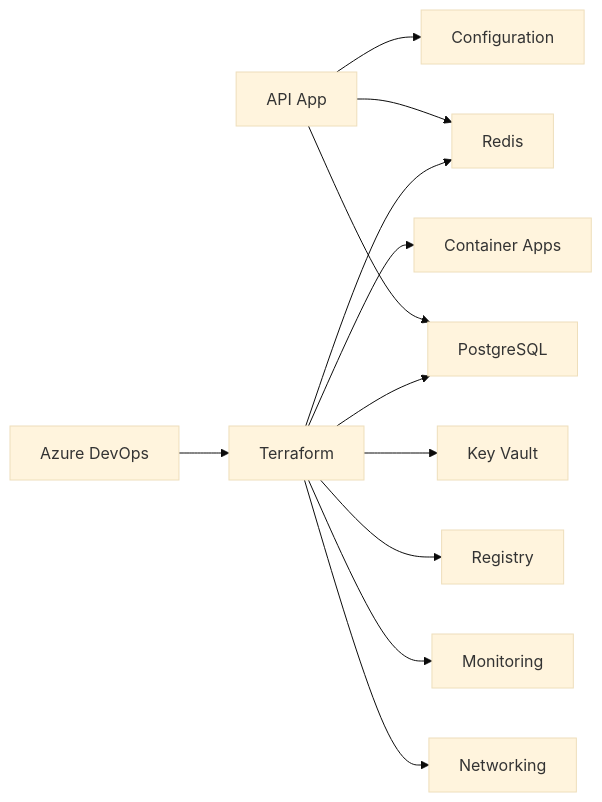
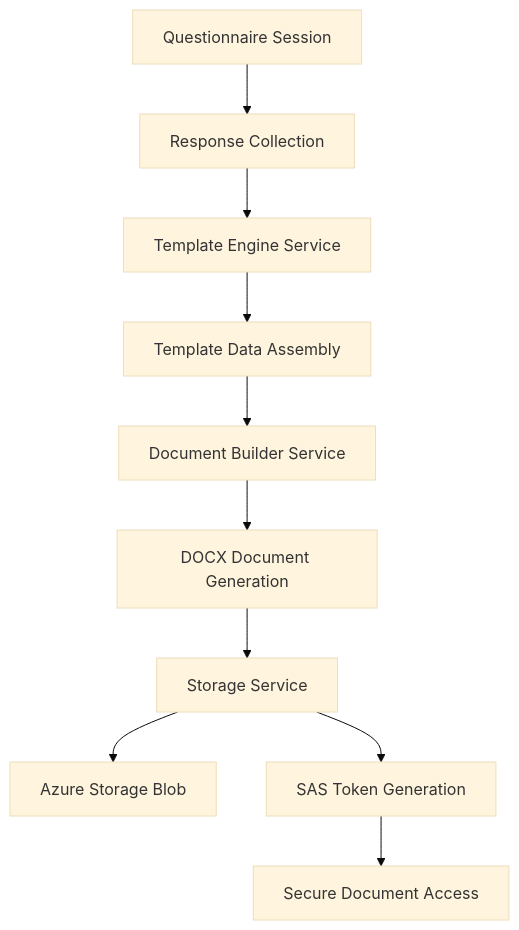
The tenth of 11 diagrams in .qoder/repowiki/en/content/Deployment and Infrastructure/Deployment and Infrastructure.md (Avi-Bendetsky/Quiz-to-build), drawn with Mermaid (base theme) before and after one commit. The commit also changed other lines of this file and 41 other files, not shown here.

````diff
--- a/.qoder/repowiki/en/content/Deployment and Infrastructure/Deployment and Infrastructure.md
+++ b/.qoder/repowiki/en/content/Deployment and Infrastructure/Deployment and Infrastructure.md
@@ -324,14 +802,12 @@
 ```mermaid
-graph LR
-API["API App"] --> CFG["Configuration"]
-API --> DB["PostgreSQL"]
-API --> RC["Redis"]
-ADO["Azure DevOps"] --> TF["Terraform"]
-TF --> NET["Networking"]
-TF --> MON["Monitoring"]
-TF --> REG["Registry"]
-TF --> DB
-TF --> RC
-TF --> KV["Key Vault"]
-TF --> CA["Container Apps"]
+flowchart TD
+Session["Questionnaire Session"] --> Responses["Response Collection"]
+Responses --> TemplateEngine["Template Engine Service"]
+TemplateEngine --> DocumentData["Template Data Assembly"]
+DocumentData --> DocumentBuilder["Document Builder Service"]
+DocumentBuilder --> DOCX["DOCX Document Generation"]
+DOCX --> StorageService["Storage Service"]
+StorageService --> AzureBlob["Azure Storage Blob"]
+StorageService --> SAS["SAS Token Generation"]
+SAS --> SecureAccess["Secure Document Access"]
 ```
````
